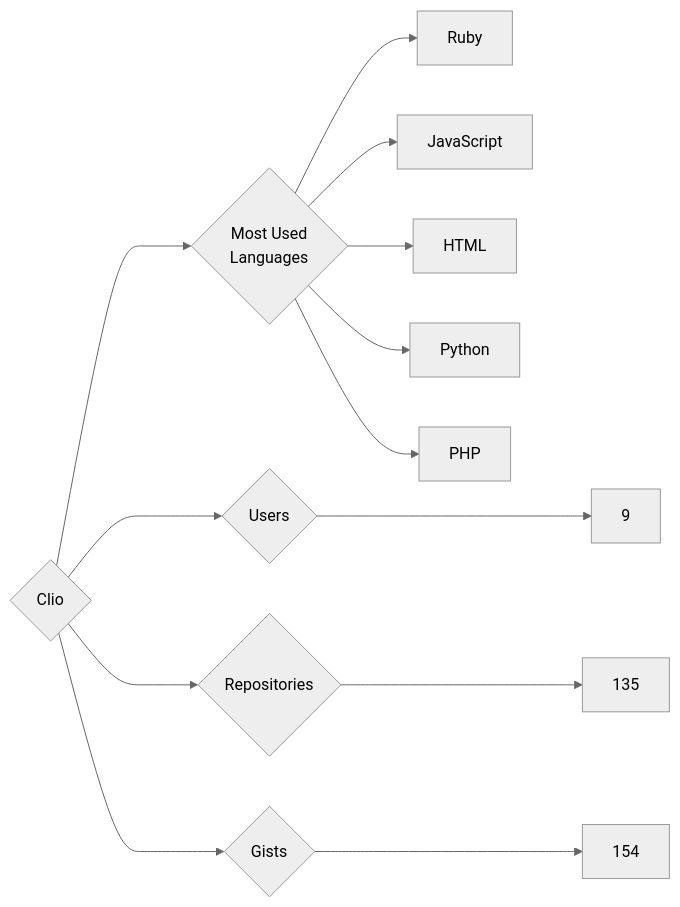
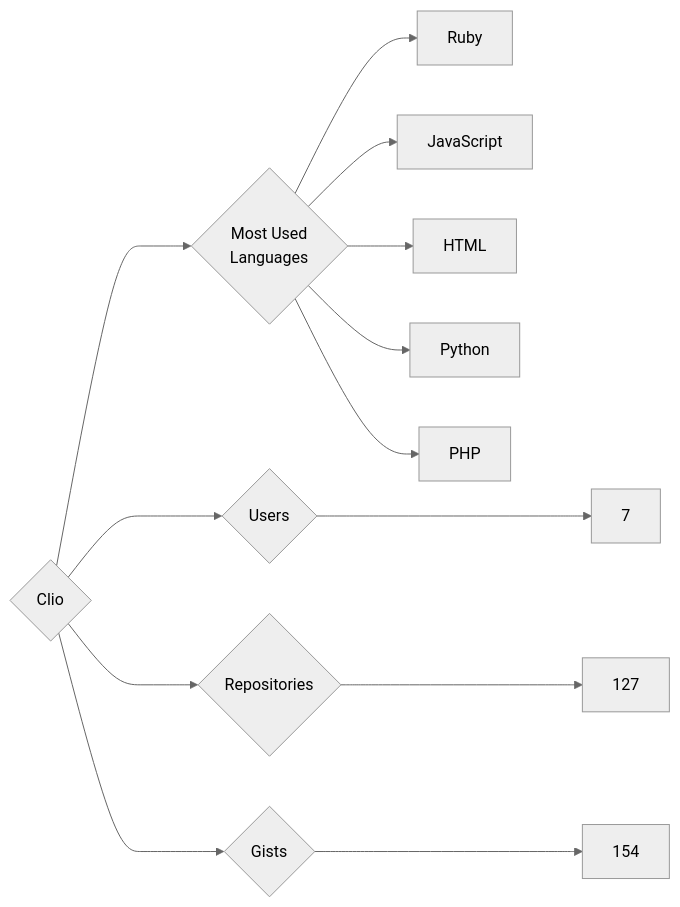
The diagram in targets/Clio/README.md (trickest/insiders), drawn with Mermaid (neutral theme) before and after one commit. The commit also changed 951 other files, not shown here.

````diff
--- a/targets/Clio/README.md
+++ b/targets/Clio/README.md
@@ -3,13 +3,13 @@
 ```mermaid
 graph LR
 COMPANY_NAME{Clio}
-COMPANY_NAME ---> U{Users} ---> UN[9]
-COMPANY_NAME ---> R{Repositories} ---> RN[135]
+COMPANY_NAME ---> U{Users} ---> UN[7]
+COMPANY_NAME ---> R{Repositories} ---> RN[127]
 COMPANY_NAME ---> G{Gists} ---> GN[154]
 COMPANY_NAME ---> ML{Most Used<br>Languages}
-ML --> Ruby
-ML --> JavaScript
-ML --> HTML
-ML --> Python
-ML --> PHP
+ML --> Ruby[Ruby]
+ML --> JavaScript[JavaScript]
+ML --> HTML[HTML]
+ML --> Python[Python]
+ML --> PHP[PHP]
 ```
````
